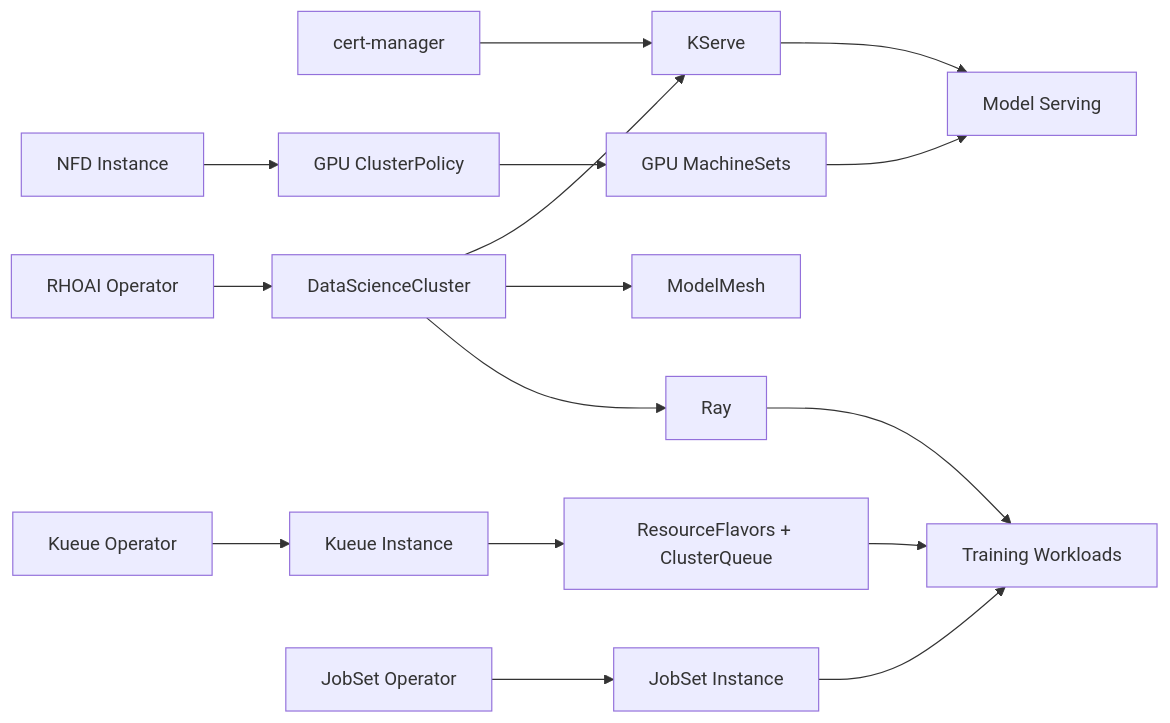
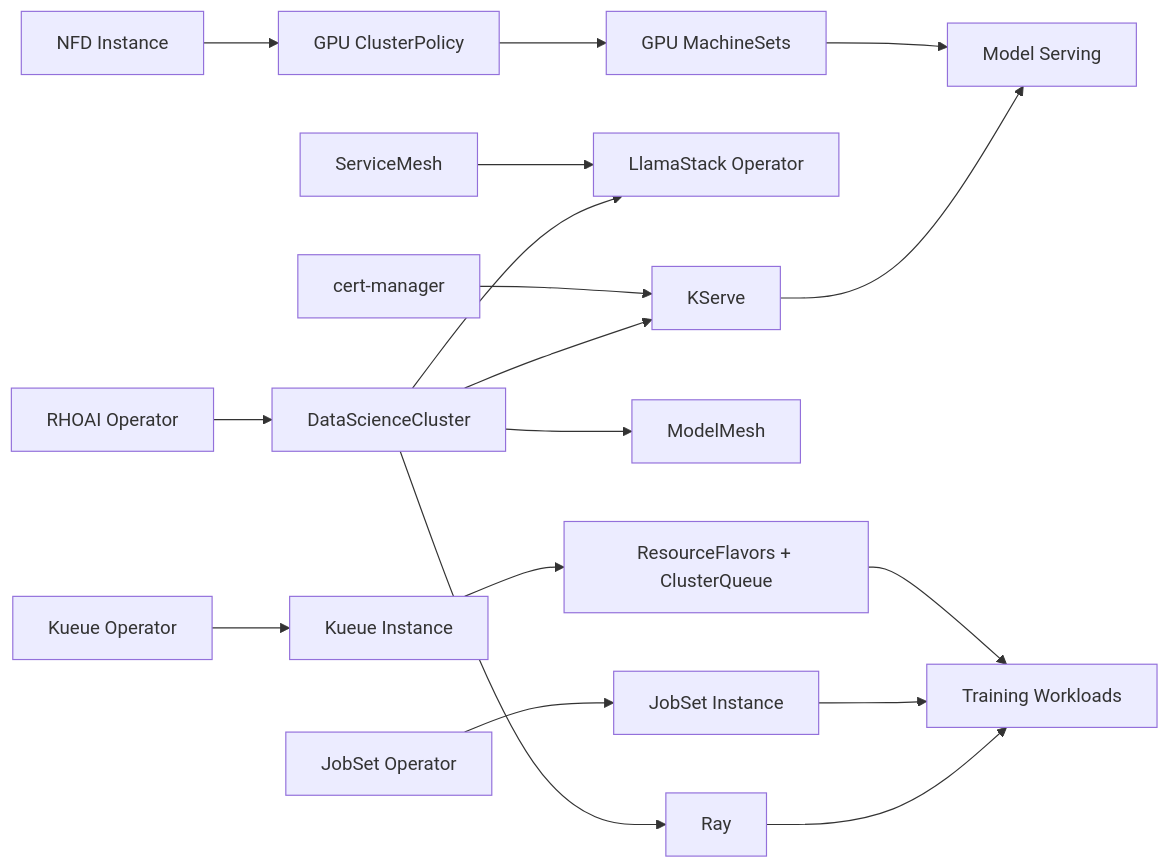
The second of 2 diagrams in docs/architecture.md (rrbanda/rhoai-deploy-gitops), drawn with Mermaid before and after one commit. The commit also changed other lines of this file and 28 other files, not shown here.

````diff
--- a/docs/architecture.md
+++ b/docs/architecture.md
@@ -128,18 +148,20 @@
 ```mermaid
 graph LR
   CertMgr["cert-manager"] --> KServe["KServe"]
+  ServiceMesh["ServiceMesh"] --> LlamaStackOp["LlamaStack Operator"]
   NFD["NFD Instance"] --> GPU["GPU ClusterPolicy"]
   GPU --> GPUWorkers["GPU MachineSets"]
   GPUWorkers --> ModelServing["Model Serving"]
   RHOAIOp["RHOAI Operator"] --> DSC["DataScienceCluster"]
   DSC --> KServe
   DSC --> ModelMesh["ModelMesh"]
   DSC --> Ray["Ray"]
+  DSC --> LlamaStackOp
   KueueOp["Kueue Operator"] --> KueueInst["Kueue Instance"]
   KueueInst --> KueueCfg["ResourceFlavors + ClusterQueue"]
   KueueCfg --> Training["Training Workloads"]
   JobSetOp["JobSet Operator"] --> JobSetInst["JobSet Instance"]
   JobSetInst --> Training
   KServe --> ModelServing
   Ray --> Training
 ```
````
